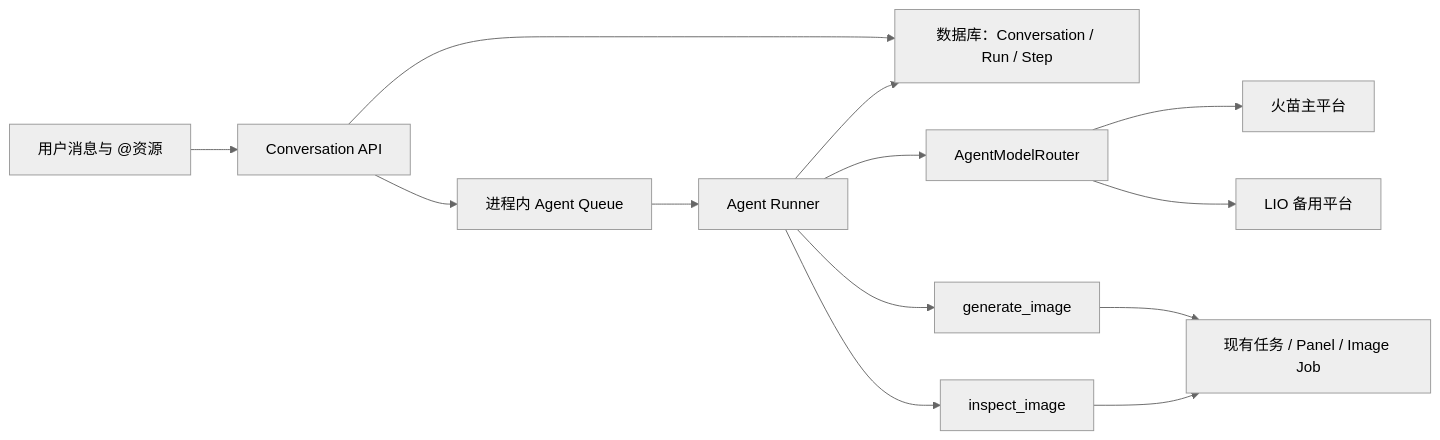
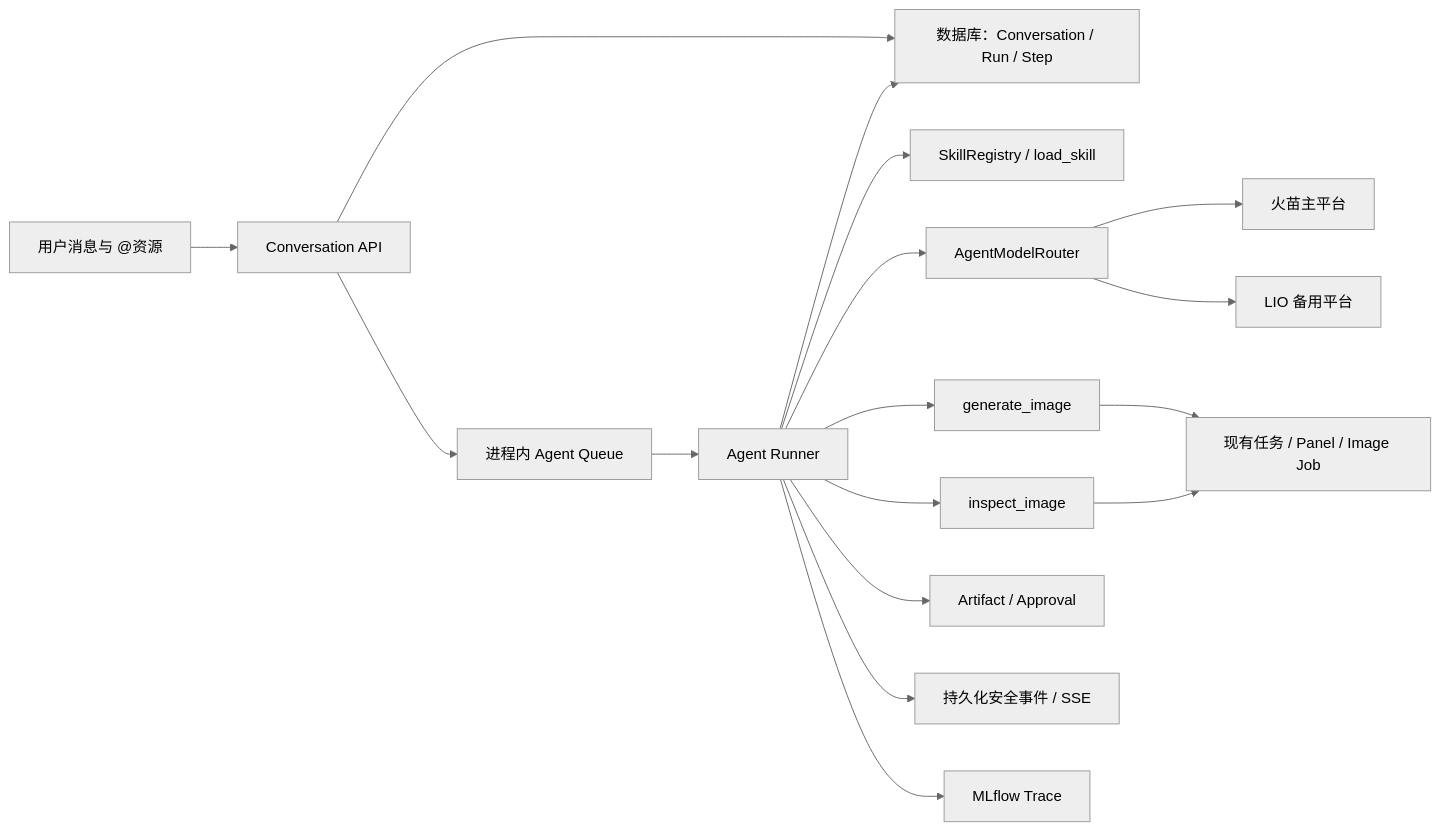
One commit to xipebhui/DoodleStory changed the first of 2 diagrams in docs/design/agent-runtime-architecture.md. Above: the diagram before and after it, drawn with Mermaid (neutral theme). The commit also changed other lines of this file and 18 other files, not shown here.

````diff
--- a/docs/design/agent-runtime-architecture.md
+++ b/docs/design/agent-runtime-architecture.md
@@ -9,15 +9,19 @@
 ```mermaid
 flowchart LR
     U["用户消息与 @资源"] --> API["Conversation API"]
     API --> DB["数据库：Conversation / Run / Step"]
     API --> Q["进程内 Agent Queue"]
     Q --> R["Agent Runner"]
+    R --> SR["SkillRegistry / load_skill"]
     R --> MR["AgentModelRouter"]
     MR --> H["火苗主平台"]
     MR --> L["LIO 备用平台"]
     R --> IG["generate_image"]
     R --> VL["inspect_image"]
+    R --> HITL["Artifact / Approval"]
+    R --> EV["持久化安全事件 / SSE"]
+    R --> ML["MLflow Trace"]
     IG --> T["现有任务 / Panel / Image Job"]
     VL --> T
     R --> DB
 ```
````
